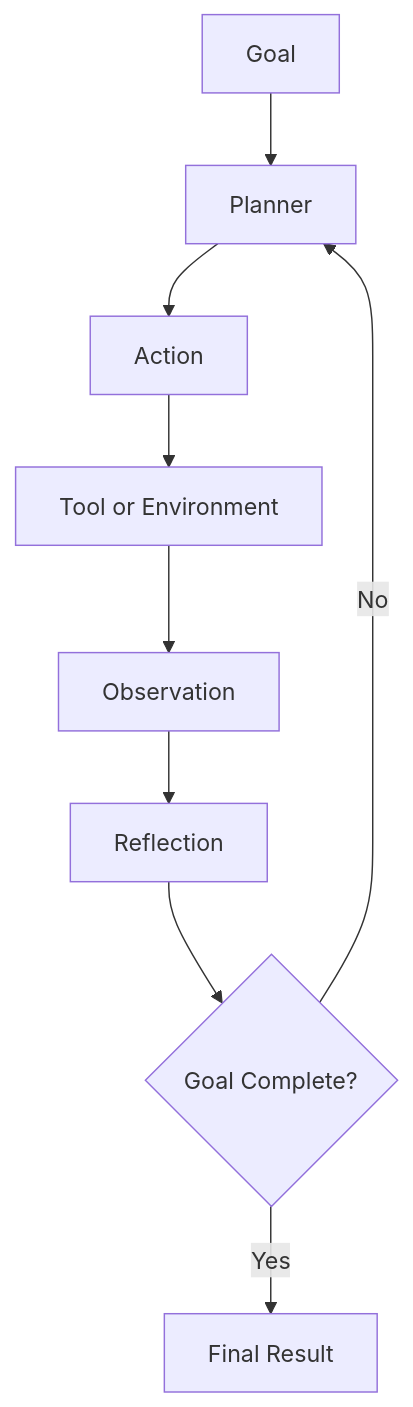
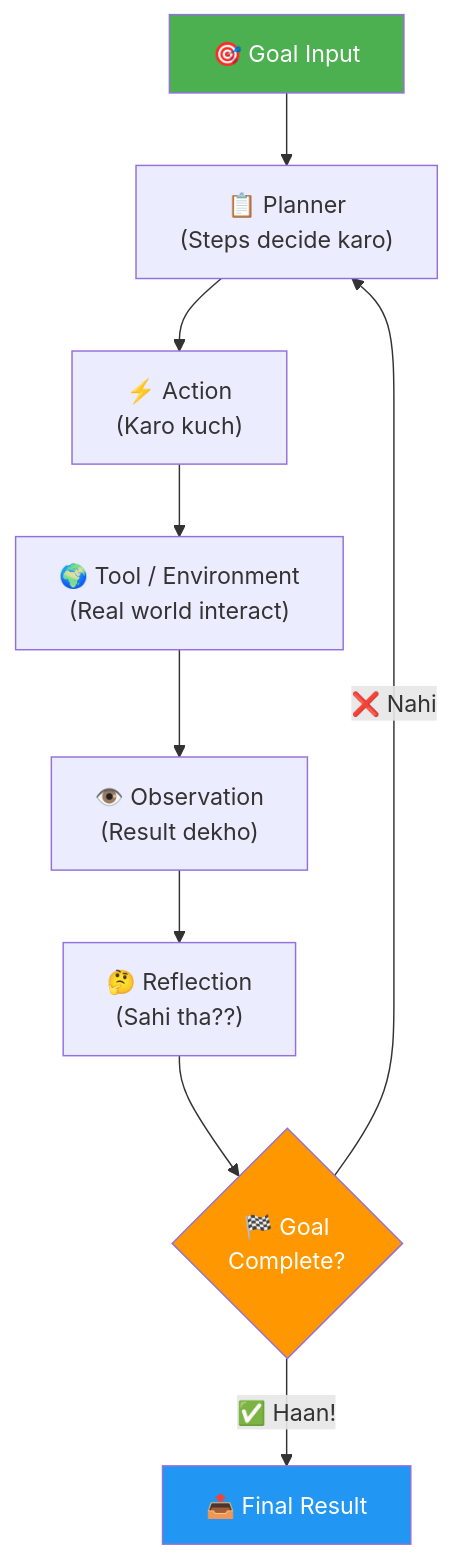
Before and after one commit to Sameer-Malik20/SusaGPT-Build-LLM-From-Scratch-With-Hinglish-Learning-Material: the third of 15 diagrams in docs/ai/Agentic_AI_Guide.md, drawn with Mermaid. The commit also changed other lines of this file and 10 other files, not shown here.

````diff
--- a/docs/ai/Agentic_AI_Guide.md
+++ b/docs/ai/Agentic_AI_Guide.md
@@ -79,11 +88,15 @@
 ```mermaid
 flowchart TD
-    A[Goal] --> B[Planner]
-    B --> C[Action]
-    C --> D[Tool or Environment]
-    D --> E[Observation]
-    E --> F[Reflection]
-    F --> G{Goal Complete?}
-    G -- No --> B
-    G -- Yes --> H[Final Result]
+    A["🎯 Goal Input"] --> B["📋 Planner\n(Steps decide karo)"]
+    B --> C["⚡ Action\n(Karo kuch)"]
+    C --> D["🌍 Tool / Environment\n(Real world interact)"]
+    D --> E["👁️ Observation\n(Result dekho)"]
+    E --> F["🤔 Reflection\n(Sahi tha??)"]
+    F --> G{"🏁 Goal\nComplete?"}
+    G -- "❌ Nahi" --> B
+    G -- "✅ Haan!" --> H["📤 Final Result"]
+
+    style A fill:#4CAF50,color:#fff
+    style H fill:#2196F3,color:#fff
+    style G fill:#FF9800,color:#fff
 ```
````
